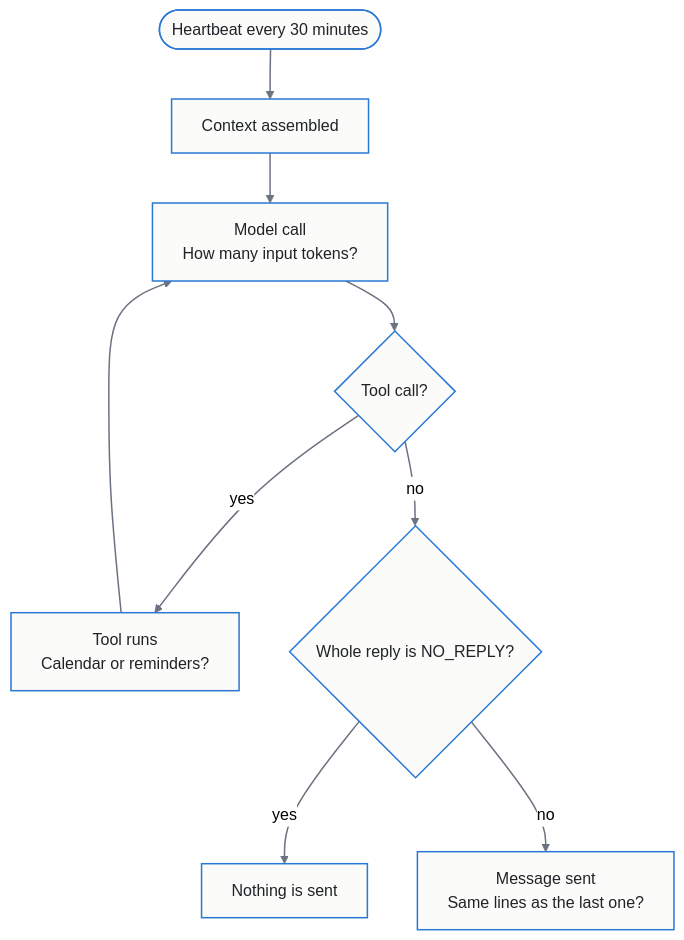
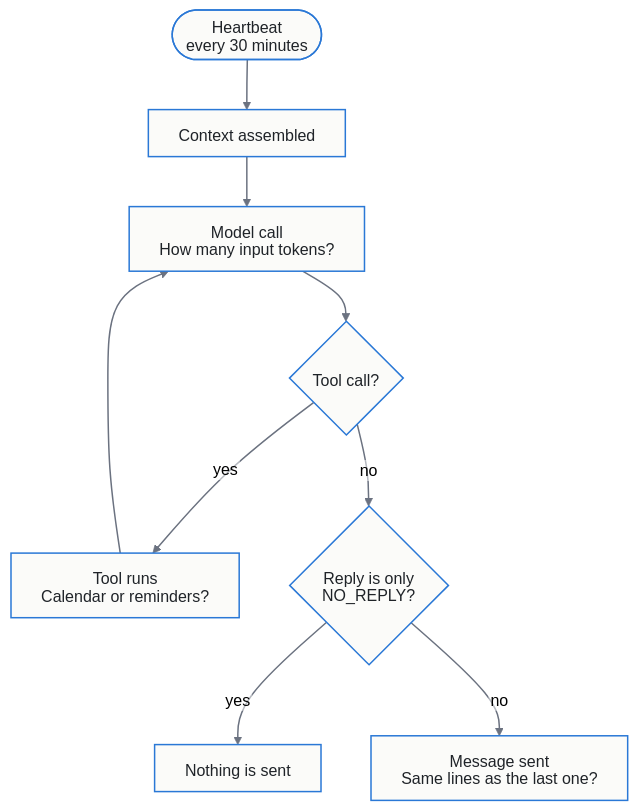
The third of 3 diagrams in README.md (tildahh/openclaw-analysis), drawn with Mermaid (neutral theme) before and after one commit. The commit also changed other lines of this file and 14 other files, not shown here.

First line of the commit message:
Simplify the README and fix clipped diagram labels (#2)

````diff
--- a/README.md
+++ b/README.md
@@ -261,13 +274,14 @@
 ```mermaid
+%%{init: {"htmlLabels": false, "flowchart": {"htmlLabels": false}}}%%
 flowchart TD
-    T(["Heartbeat every 30 minutes"]) --> C["Context assembled"]
+    T(["Heartbeat<br/>every 30 minutes"]) --> C["Context assembled"]
     C --> M["Model call<br/>How many input tokens?"]
     M --> Q{"Tool call?"}
     Q -- yes --> TL["Tool runs<br/>Calendar or reminders?"]
     TL --> M
-    Q -- no --> R{"Whole reply is NO_REPLY?"}
+    Q -- no --> R{"Reply is only<br/>NO_REPLY?"}
     R -- yes --> S["Nothing is sent"]
     R -- no --> D["Message sent<br/>Same lines as the last one?"]
     classDef default fill:#FBFBF9,stroke:#2A78D6,stroke-width:1.5px,color:#1F2328
     linkStyle default stroke:#6B7280,stroke-width:1.5px
 ```
````
